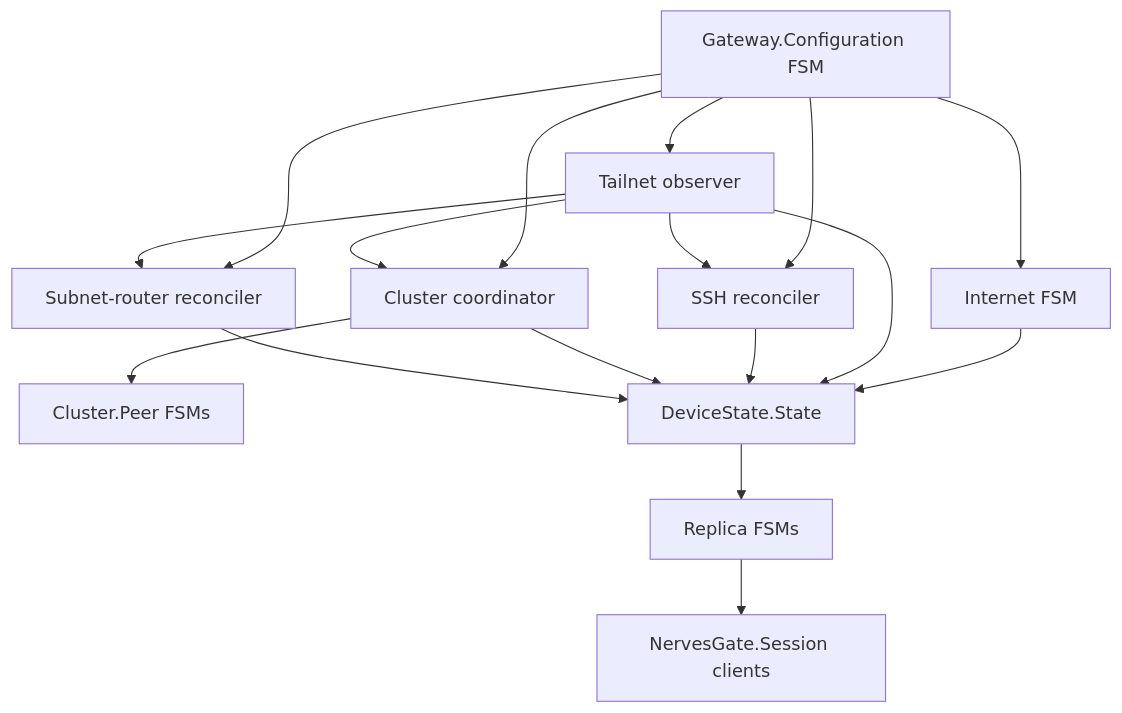
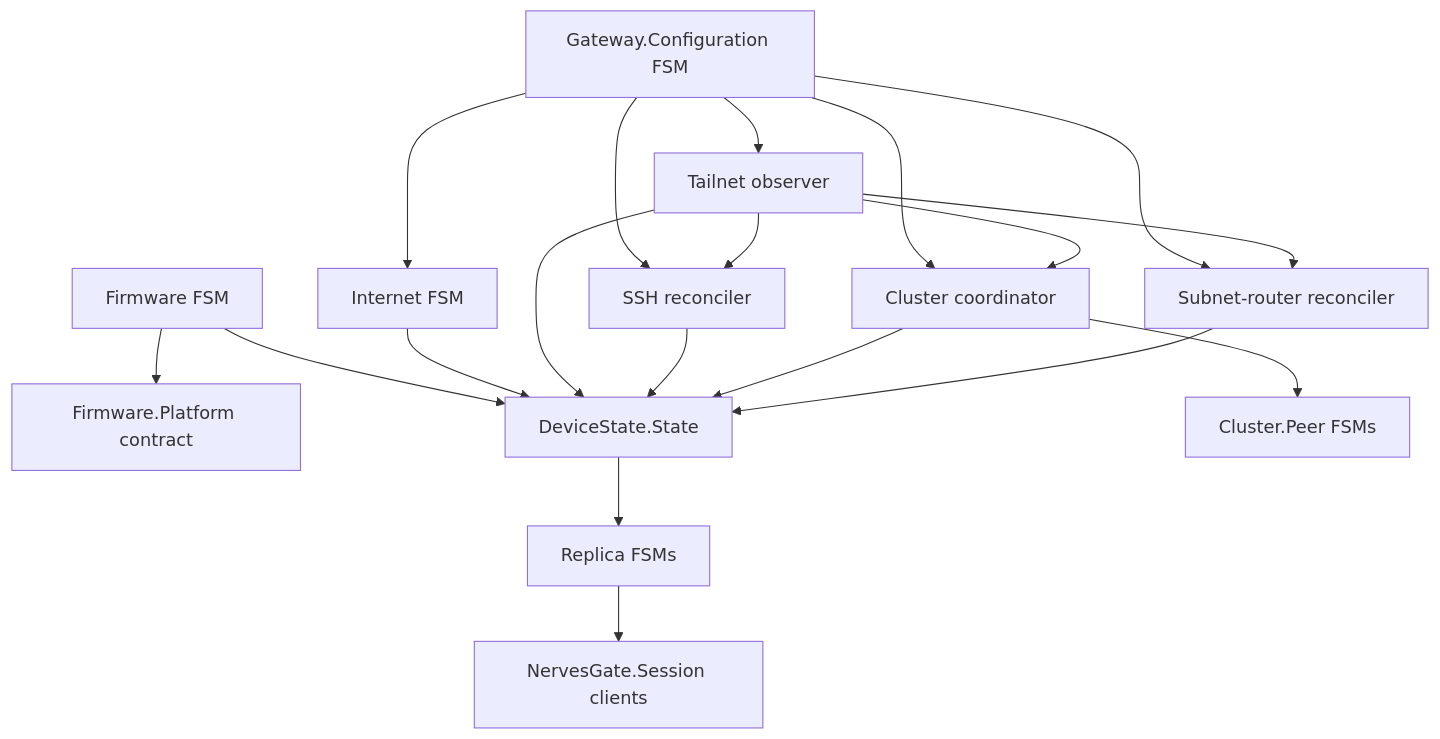
Before and after one commit to sid2baker/nerves_gate: the diagram in docs/command-event-state-implementation-plan.md, drawn with Mermaid. The commit also changed other lines of this file and 66 other files, not shown here.

````diff
--- a/docs/command-event-state-implementation-plan.md
+++ b/docs/command-event-state-implementation-plan.md
@@ -56,19 +63,21 @@
 ```mermaid
 flowchart TD
+  Firmware[Firmware FSM] --> Platform[Firmware.Platform contract]
+  Firmware --> DeviceState
   Configuration[Gateway.Configuration FSM] --> Internet[Internet FSM]
   Configuration --> Tailnet[Tailnet observer]
   Configuration --> SSH[SSH reconciler]
   Configuration --> Cluster[Cluster coordinator]
   Configuration --> SubnetRouter[Subnet-router reconciler]
   Tailnet --> SSH
   Tailnet --> Cluster
   Tailnet --> SubnetRouter
   Cluster --> Peers[Cluster.Peer FSMs]
   Internet --> DeviceState[DeviceState.State]
   Tailnet --> DeviceState
   SSH --> DeviceState
   Cluster --> DeviceState
   SubnetRouter --> DeviceState
   DeviceState --> Replicas[Replica FSMs]
   Replicas --> Sessions[NervesGate.Session clients]
 ```
````
